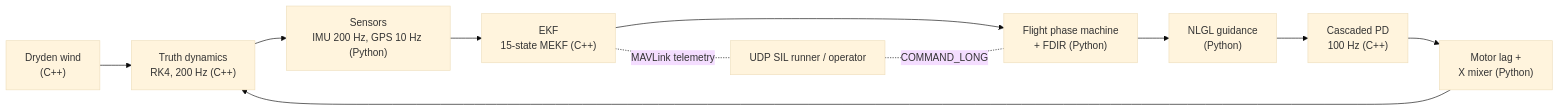
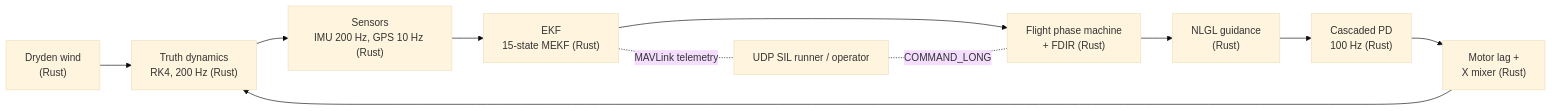
The diagram in README.md (ajeet-krish/Talon), drawn with Mermaid (base theme) before and after one commit. The commit also changed other lines of this file and 50 other files, not shown here.

````diff
--- a/README.md
+++ b/README.md
@@ -79,13 +80,13 @@
 ```mermaid
 flowchart LR
-    W["Dryden wind<br/>(C++)"] --> T["Truth dynamics<br/>RK4, 200 Hz (C++)"]
-    T --> S["Sensors<br/>IMU 200 Hz, GPS 10 Hz (Python)"]
-    S --> E["EKF<br/>15-state MEKF (C++)"]
-    E --> SM["Flight phase machine<br/>+ FDIR (Python)"]
-    SM --> G["NLGL guidance<br/>(Python)"]
-    G --> C["Cascaded PD<br/>100 Hz (C++)"]
-    C --> M["Motor lag +<br/>X mixer (Python)"]
+    W["Dryden wind<br/>(Rust)"] --> T["Truth dynamics<br/>RK4, 200 Hz (Rust)"]
+    T --> S["Sensors<br/>IMU 200 Hz, GPS 10 Hz (Rust)"]
+    S --> E["EKF<br/>15-state MEKF (Rust)"]
+    E --> SM["Flight phase machine<br/>+ FDIR (Rust)"]
+    SM --> G["NLGL guidance<br/>(Rust)"]
+    G --> C["Cascaded PD<br/>100 Hz (Rust)"]
+    C --> M["Motor lag +<br/>X mixer (Rust)"]
     M --> T
     E -. "MAVLink telemetry" .- O["UDP SIL runner / operator"]
     O -. "COMMAND_LONG" .- SM
 ```
````
